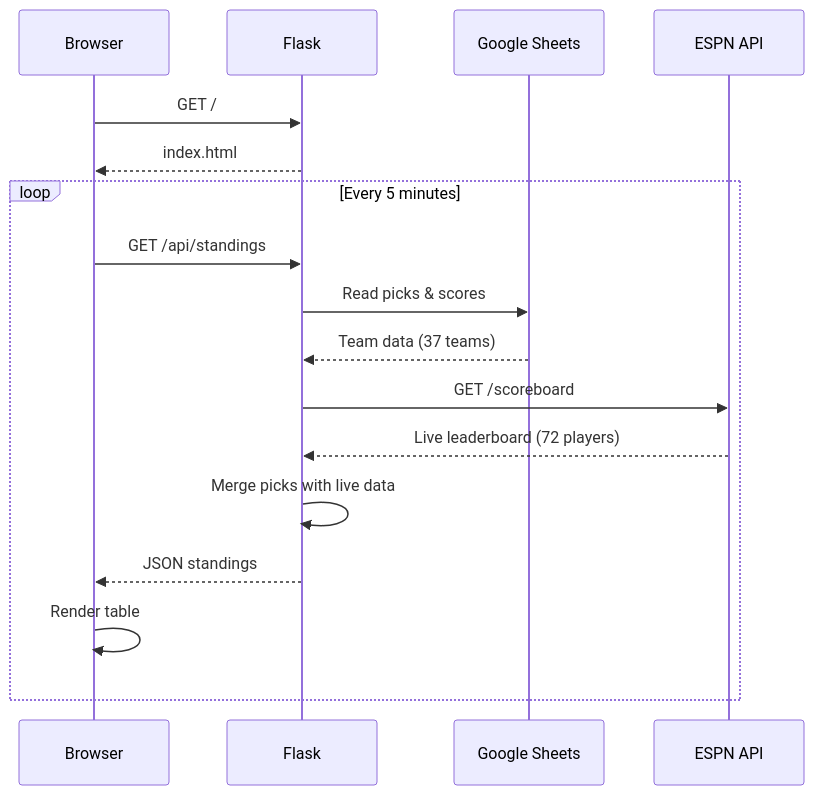
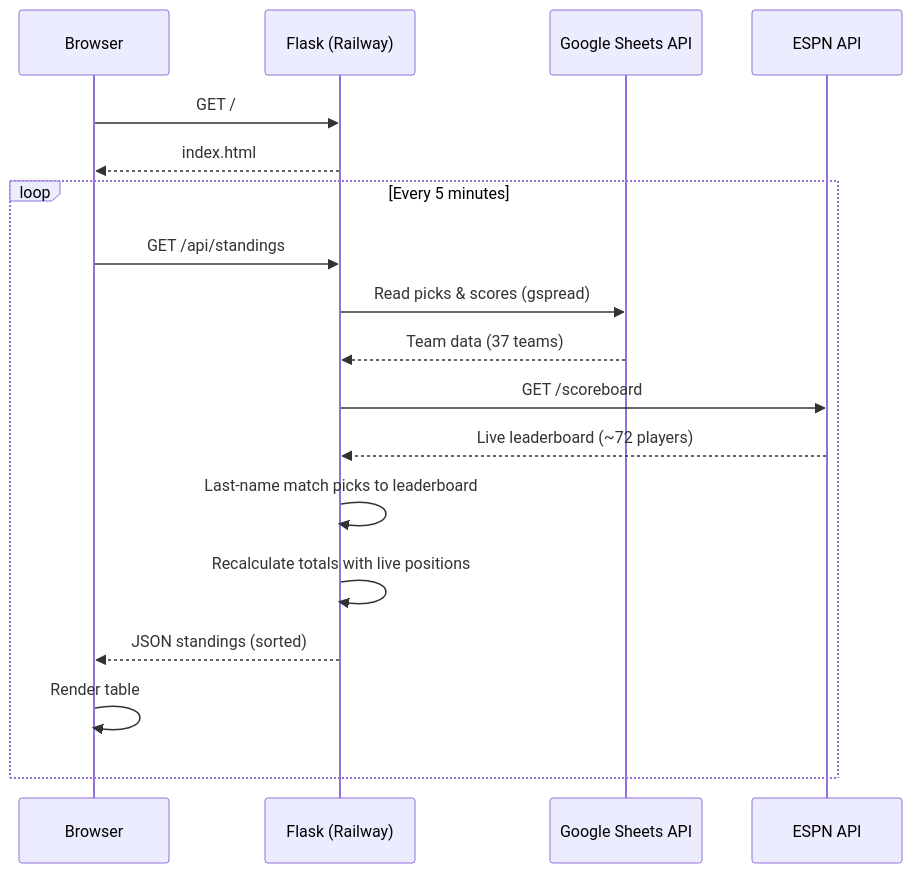
The third of 3 diagrams in PRD.md (bcdray/raymond-golf-app), drawn with Mermaid before and after one commit. The commit also changed other lines of this file, not shown here.

Commit message:
Update PRD with full deployment details, name matching logic, and Railway setup

````diff
--- a/PRD.md
+++ b/PRD.md
@@ -85,21 +99,22 @@
 ```mermaid
 sequenceDiagram
     participant Browser
-    participant Flask
-    participant Sheets as Google Sheets
+    participant Railway as Flask (Railway)
+    participant Sheets as Google Sheets API
     participant ESPN as ESPN API
 
-    Browser->>Flask: GET /
-    Flask-->>Browser: index.html
+    Browser->>Railway: GET /
+    Railway-->>Browser: index.html
 
     loop Every 5 minutes
-        Browser->>Flask: GET /api/standings
-        Flask->>Sheets: Read picks & scores
-        Sheets-->>Flask: Team data (37 teams)
-        Flask->>ESPN: GET /scoreboard
-        ESPN-->>Flask: Live leaderboard (72 players)
-        Flask->>Flask: Merge picks with live data
-        Flask-->>Browser: JSON standings
+        Browser->>Railway: GET /api/standings
+        Railway->>Sheets: Read picks & scores (gspread)
+        Sheets-->>Railway: Team data (37 teams)
+        Railway->>ESPN: GET /scoreboard
+        ESPN-->>Railway: Live leaderboard (~72 players)
+        Railway->>Railway: Last-name match picks to leaderboard
+        Railway->>Railway: Recalculate totals with live positions
+        Railway-->>Browser: JSON standings (sorted)
         Browser->>Browser: Render table
     end
 ```
````
